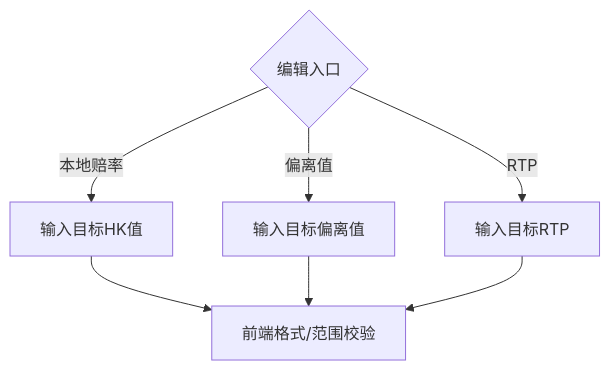
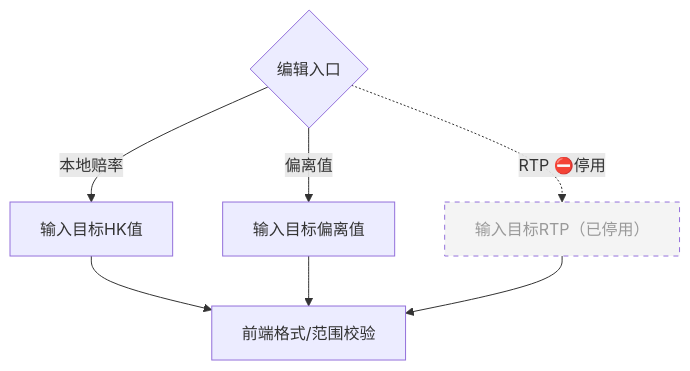
Before and after one commit to wumori655-prog/Tms-Documentation: the ninth of 17 diagrams in 操盘详情/07-赔率编辑与计算.md, drawn with Mermaid. The commit also changed other lines of this file, not shown here.

````diff
--- a/操盘详情/07-赔率编辑与计算.md
+++ b/操盘详情/07-赔率编辑与计算.md
@@ -890,9 +904,10 @@
 ```mermaid
 graph TD
     A{"编辑入口"} -->|本地赔率| B["输入目标HK值"]
     A -->|偏离值| C["输入目标偏离值"]
-    A -->|RTP| D["输入目标RTP"]
+    A -.->|RTP ⛔停用| D["输入目标RTP（已停用）"]
     B --> E["前端格式/范围校验"]
     C --> E
     D --> E
+    style D fill:#f4f4f4,color:#999,stroke-dasharray: 5 5
 ```
````
